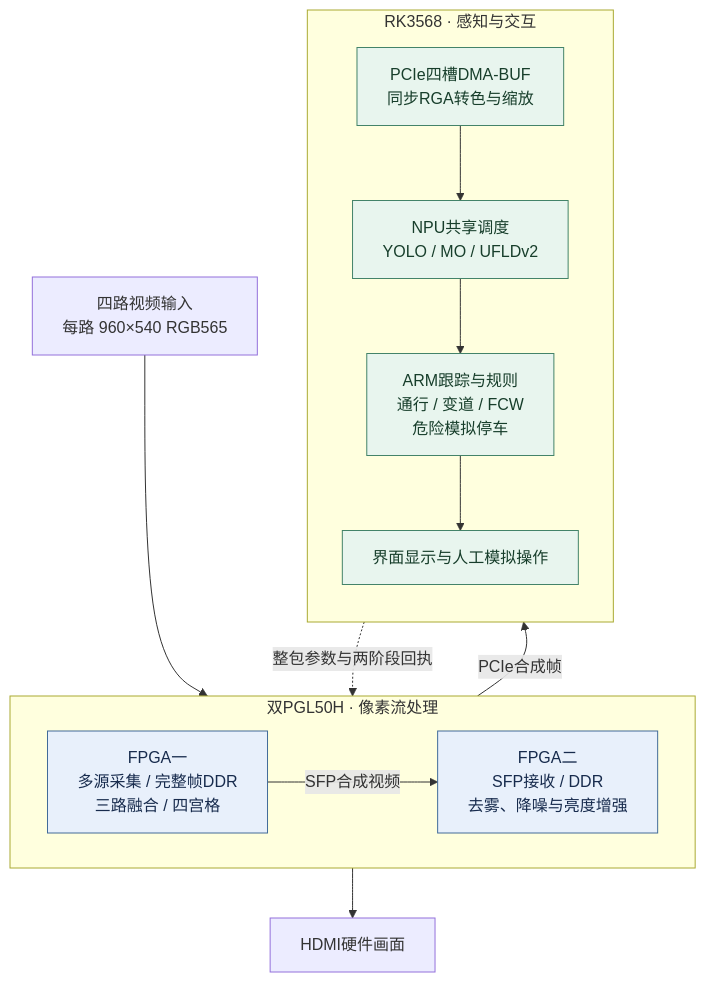
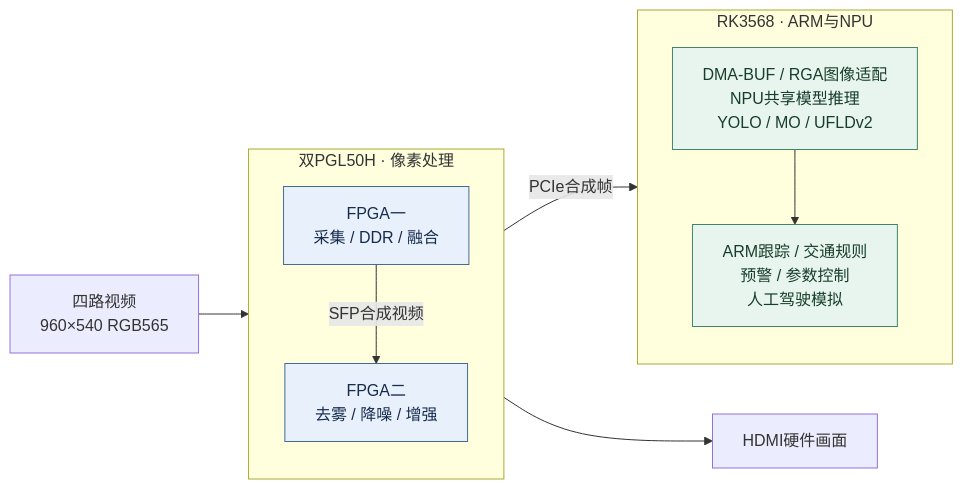
Before and after one commit to istiurosmadelgordont-cloud/RoadFusion-Edge: the diagram in README.md, drawn with Mermaid. The commit also changed other lines of this file and 5 other files, not shown here.

First line of the commit message:
docs: reflow architecture diagrams into horizontal stages

````diff
--- a/README.md
+++ b/README.md
@@ -15,26 +15,23 @@
 ```mermaid
-flowchart TB
-    IN["四路视频输入<br/>每路 960×540 RGB565"]
-    subgraph HW["双PGL50H · 像素流处理"]
-        direction LR
-        B1["FPGA一<br/>多源采集 / 完整帧DDR<br/>三路融合 / 四宫格"]
-        B2["FPGA二<br/>SFP接收 / DDR<br/>去雾、降噪与亮度增强"]
+flowchart LR
+    INPUT["四路视频<br/>960×540 RGB565"]
+    subgraph HW["双PGL50H · 像素处理"]
+        direction TB
+        B1["FPGA一<br/>采集 / DDR / 融合"]
+        B2["FPGA二<br/>去雾 / 降噪 / 增强"]
         B1 -->|SFP合成视频| B2
     end
-    IN --> B1
-    B2 --> MON["HDMI硬件画面"]
-    subgraph RK["RK3568 · 感知与交互"]
+    subgraph RK["RK3568 · ARM与NPU"]
         direction TB
-        RGA["PCIe四槽DMA-BUF<br/>同步RGA转色与缩放"]
-        NPU["NPU共享调度<br/>YOLO / MO / UFLDv2"]
-        RULE["ARM跟踪与规则<br/>通行 / 变道 / FCW<br/>危险模拟停车"]
-        UI["界面显示与人工模拟操作"]
-        RGA --> NPU --> RULE --> UI
+        RGA["DMA-BUF / RGA图像适配<br/>NPU共享模型推理<br/>YOLO / MO / UFLDv2"]
+        RULE["ARM跟踪 / 交通规则<br/>预警 / 参数控制<br/>人工驾驶模拟"]
+        RGA --> RULE
     end
-    B2 -->|PCIe合成帧| RGA
-    UI -.->|整包参数与两阶段回执| B2
+    INPUT --> HW
+    HW -->|PCIe合成帧| RK
+    HW --> MON["HDMI硬件画面"]
     classDef fpga fill:#e8f0fb,stroke:#426b99,color:#172b4d
     classDef arm fill:#e8f5ee,stroke:#438369,color:#173e2b
     class B1,B2 fpga
-    class RGA,NPU,RULE,UI arm
+    class RGA,RULE arm
 ```
````
